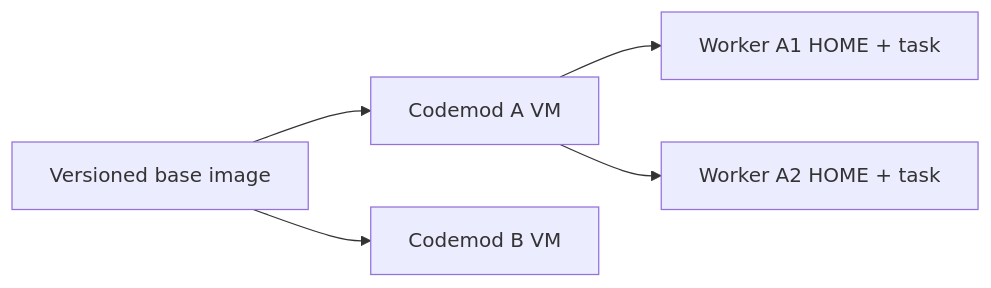
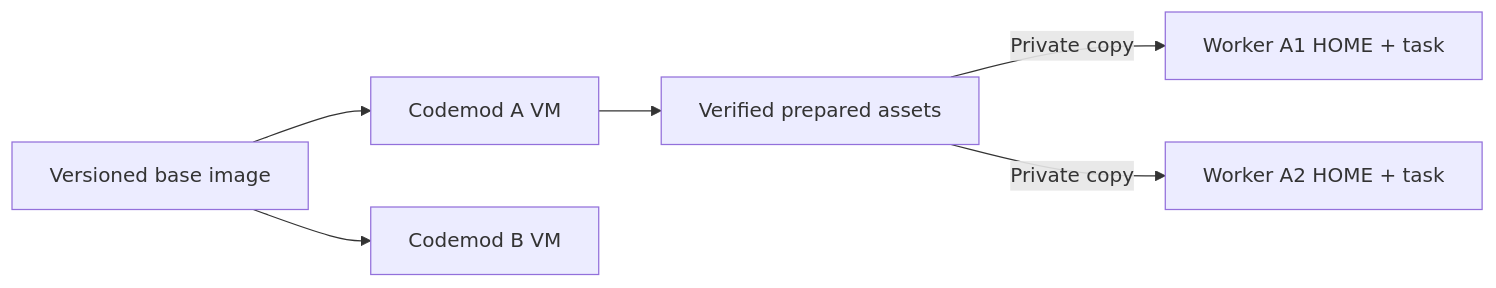
The diagram in docs/performance.md (minimumeffort-dev/sprowt.harness), drawn with Mermaid before and after one commit. The commit also changed other lines of this file and 12 other files, not shown here.

Commit message:
Reuse verified project assets in private worker environments

````diff
--- a/docs/performance.md
+++ b/docs/performance.md
@@ -40,7 +40,8 @@
 ```mermaid
 flowchart LR
     image["Versioned base image"] --> a["Codemod A VM"]
     image --> b["Codemod B VM"]
-    a --> a1["Worker A1 HOME + task"]
-    a --> a2["Worker A2 HOME + task"]
+    a --> prepared["Verified prepared assets"]
+    prepared -->|"Private copy"| a1["Worker A1 HOME + task"]
+    prepared -->|"Private copy"| a2["Worker A2 HOME + task"]
 ```
````
